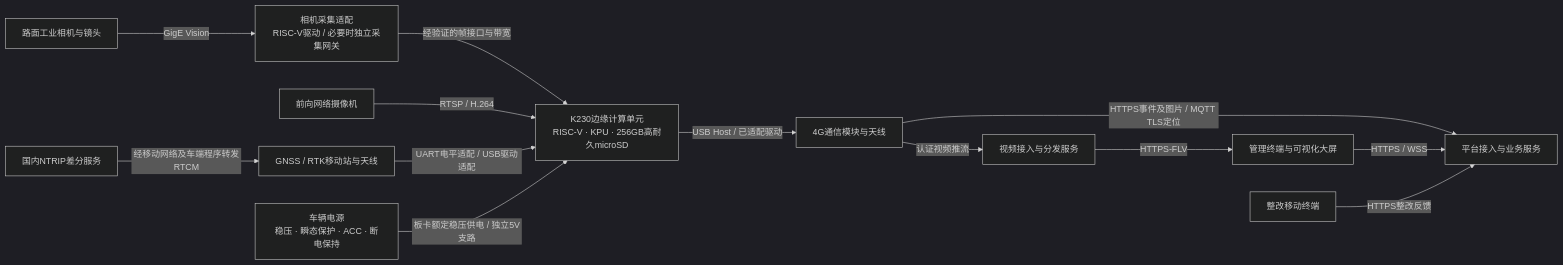
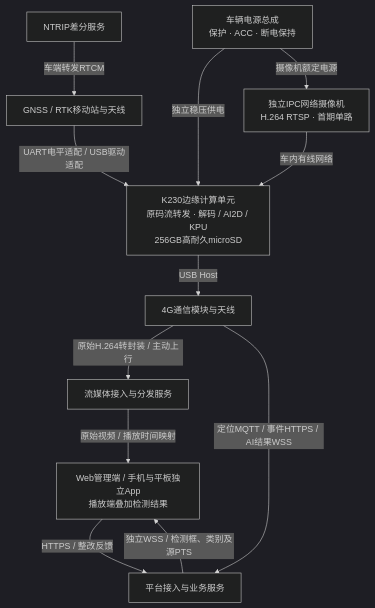
Before and after one commit to kelalu/Road-Inspection-System: the third of 5 diagrams in docs/道路智能巡检管理平台系统架构设计文档_11.7_图片.md, drawn with Mermaid (dark theme). The commit also changed other lines of this file and 4 other files, not shown here.

````diff
--- a/docs/道路智能巡检管理平台系统架构设计文档_11.7_图片.md
+++ b/docs/道路智能巡检管理平台系统架构设计文档_11.7_图片.md
@@ -373,15 +390,14 @@
 ```mermaid
-flowchart LR
-    ROAD["路面工业相机与镜头"] -->|"GigE Vision"| CAPTURE["相机采集适配<br/>RISC-V驱动 / 必要时独立采集网关"]
-    CAPTURE -->|"经验证的帧接口与带宽"| EDGE["K230边缘计算单元<br/>RISC-V · KPU · 256GB高耐久microSD"]
-    IPC["前向网络摄像机"] -->|"RTSP / H.264"| EDGE
+flowchart TB
+    IPC["独立IPC网络摄像机<br/>H.264 RTSP · 首期单路"] -->|"车内有线网络"| EDGE["K230边缘计算单元<br/>原码流转发 · 解码 / AI2D / KPU<br/>256GB高耐久microSD"]
     GNSS["GNSS / RTK移动站与天线"] -->|"UART电平适配 / USB驱动适配"| EDGE
-    DIFF["国内NTRIP差分服务"] -->|"经移动网络及车端程序转发RTCM"| GNSS
-    POWER["车辆电源<br/>稳压 · 瞬态保护 · ACC · 断电保持"] -->|"板卡额定稳压供电 / 独立5V支路"| EDGE
-    EDGE -->|"USB Host / 已适配驱动"| MODEM["4G通信模块与天线"]
-    MODEM -->|"HTTPS事件及图片 / MQTT TLS定位"| PLATFORM["平台接入与业务服务"]
-    MODEM -->|"认证视频推流"| VIDEO["视频接入与分发服务"]
-    VIDEO -->|"HTTPS-FLV"| CLIENT["管理终端与可视化大屏"]
-    CLIENT -->|"HTTPS / WSS"| PLATFORM
-    MOBILE["整改移动终端"] -->|"HTTPS整改反馈"| PLATFORM
+    DIFF["NTRIP差分服务"] -->|"车端转发RTCM"| GNSS
+    POWER["车辆电源总成<br/>保护 · ACC · 断电保持"] -->|"独立稳压供电"| EDGE
+    POWER -->|"摄像机额定电源"| IPC
+    EDGE -->|"USB Host"| MODEM["4G通信模块与天线"]
+    MODEM -->|"原始H.264转封装 / 主动上行"| VIDEO["流媒体接入与分发服务"]
+    MODEM -->|"定位MQTT / 事件HTTPS / AI结果WSS"| PLATFORM["平台接入与业务服务"]
+    VIDEO -->|"原始视频 / 播放时间映射"| CLIENT["Web管理端 / 手机与平板独立App<br/>播放端叠加检测结果"]
+    PLATFORM -->|"独立WSS / 检测框、类别及源PTS"| CLIENT
+    CLIENT -->|"HTTPS / 整改反馈"| PLATFORM
 ```
````
